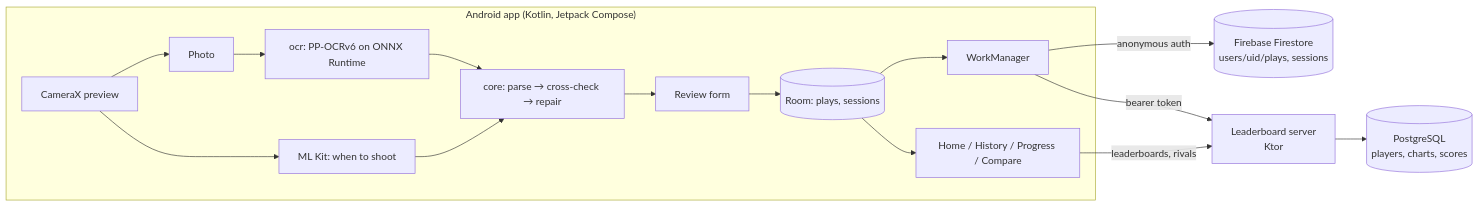
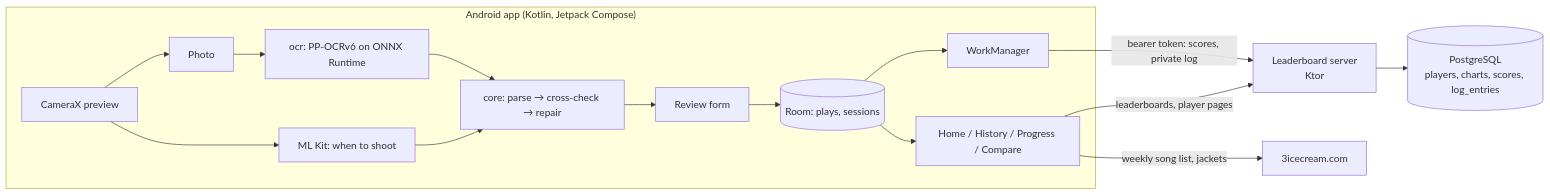
Before and after one commit to TehoUbi/DDRTrack: the diagram in README.md, drawn with Mermaid. The commit also changed other lines of this file and 48 other files, not shown here.

````diff
--- a/README.md
+++ b/README.md
@@ -61,17 +64,17 @@
 ```mermaid
 flowchart LR
     subgraph Phone["Android app (Kotlin, Jetpack Compose)"]
         CAM[CameraX preview] --> MLK[ML Kit: when to shoot]
         CAM --> PHOTO[Photo] --> PPOCR["ocr: PP-OCRv6 on ONNX Runtime"]
         PPOCR --> CORE["core: parse → cross-check → repair"]
         MLK --> CORE
         CORE --> REVIEW[Review form]
         REVIEW --> ROOM[(Room: plays, sessions)]
         ROOM --> UI[Home / History / Progress / Compare]
         ROOM --> WM[WorkManager]
     end
-    WM -- anonymous auth --> FS[(Firebase Firestore<br/>users/uid/plays, sessions)]
-    WM -- bearer token --> API[Leaderboard server<br/>Ktor]
-    API --> PG[(PostgreSQL<br/>players, charts, scores)]
-    UI -- leaderboards, rivals --> API
+    WM -- bearer token: scores, private log --> API[Leaderboard server<br/>Ktor]
+    API --> PG[(PostgreSQL<br/>players, charts, scores, log_entries)]
+    UI -- leaderboards, player pages --> API
+    UI -- weekly song list, jackets --> ICE[3icecream.com]
 ```
````
